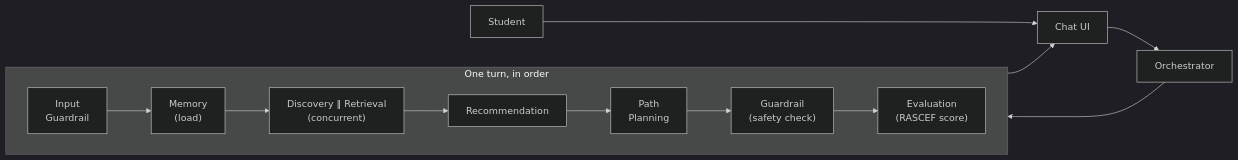
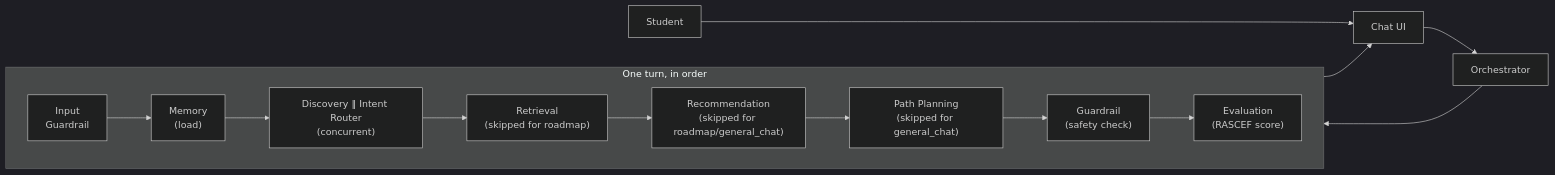
Before and after one commit to a-koder/pathfinder-ai: the first of 7 diagrams in docs/08_Diagrams.md, drawn with Mermaid (dark theme). The commit also changed other lines of this file and 20 other files, not shown here.

````diff
--- a/docs/08_Diagrams.md
+++ b/docs/08_Diagrams.md
@@ -7,18 +7,19 @@
 ```mermaid
 flowchart LR
     S["Student"] --> UI["Chat UI"]
     UI --> ORC["Orchestrator"]
     ORC --> STEPS
 
     subgraph STEPS ["One turn, in order"]
         direction LR
         IGA["Input\nGuardrail"] --> MEM["Memory\n(load)"]
-        MEM --> PAR["Discovery ‖ Retrieval\n(concurrent)"]
-        PAR --> REC["Recommendation"]
-        REC --> PLAN["Path\nPlanning"]
+        MEM --> PAR["Discovery ‖ Intent Router\n(concurrent)"]
+        PAR --> RET["Retrieval\n(skipped for roadmap)"]
+        RET --> REC["Recommendation\n(skipped for roadmap/general_chat)"]
+        REC --> PLAN["Path Planning\n(skipped for general_chat)"]
         PLAN --> GRD["Guardrail\n(safety check)"]
         GRD --> EVAL["Evaluation\n(RASCEF score)"]
     end
 
     STEPS --> UI
 ```
````
